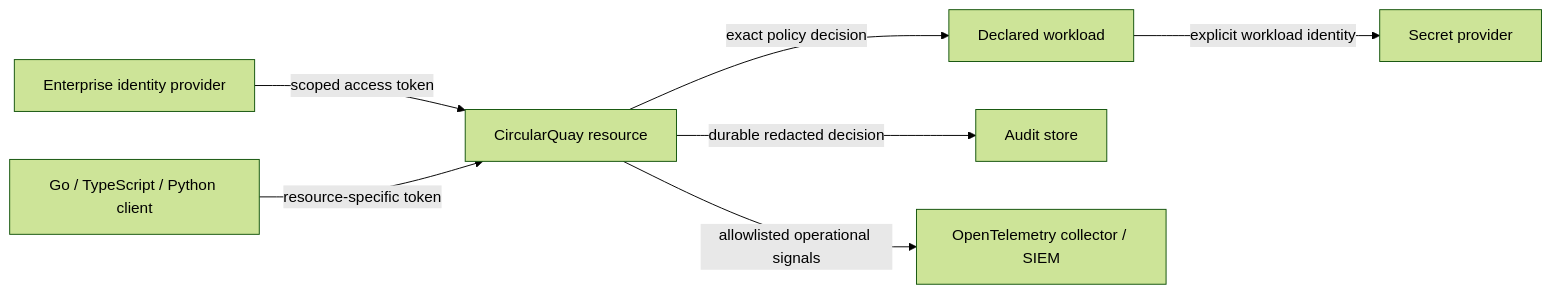
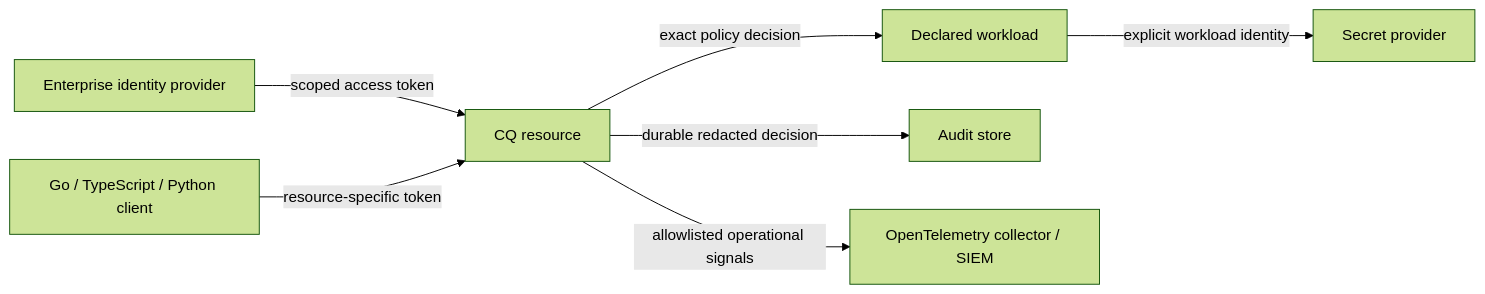
The diagram in docs/enterprise-integration.md (maldous/CircularQuay), drawn with Mermaid (forest theme) before and after one commit. The commit also changed other lines of this file and 162 other files, not shown here.

````diff
--- a/docs/enterprise-integration.md
+++ b/docs/enterprise-integration.md
@@ -18,9 +18,9 @@
 ```mermaid
 flowchart LR
-    I[Enterprise identity provider] -->|scoped access token| C[CircularQuay resource]
+    I[Enterprise identity provider] -->|scoped access token| C[CQ resource]
     C -->|exact policy decision| W[Declared workload]
     W -->|explicit workload identity| P[Secret provider]
     C -->|durable redacted decision| A[Audit store]
     C -->|allowlisted operational signals| O[OpenTelemetry collector / SIEM]
     S[Go / TypeScript / Python client] -->|resource-specific token| C
 ```
````
